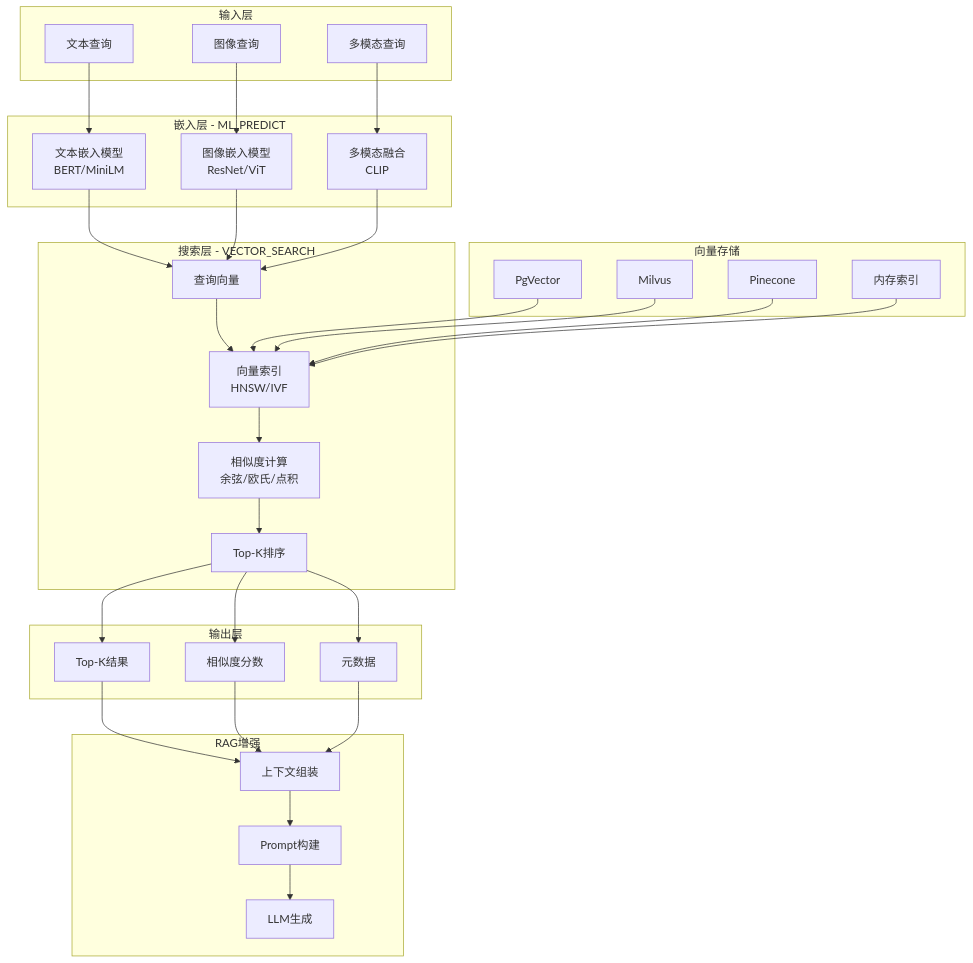
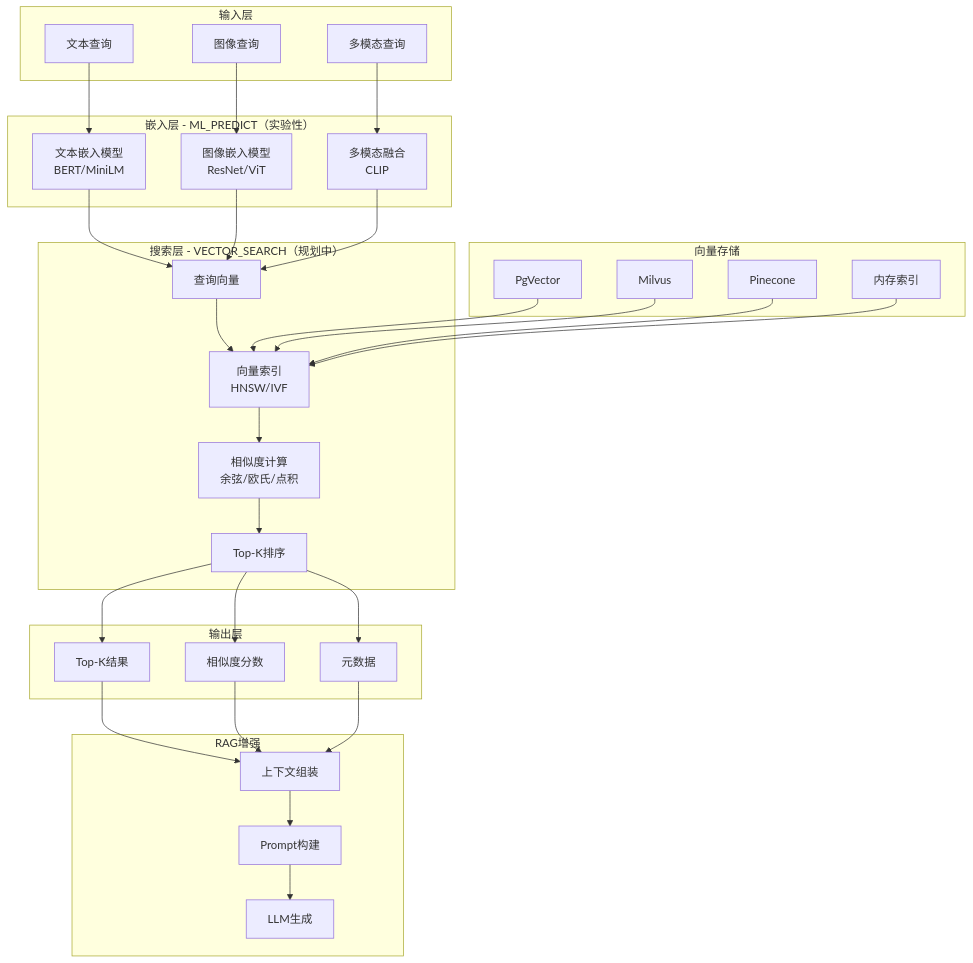
The first of 4 diagrams in Flink/03-sql-table-api/vector-search.md (AdaMartin18010/AnalysisDataFlow), drawn with Mermaid before and after one commit. The commit also changed other lines of this file and 7 other files, not shown here.

````diff
--- a/Flink/03-sql-table-api/vector-search.md
+++ b/Flink/03-sql-table-api/vector-search.md
@@ -617,62 +617,62 @@
 ```mermaid
 graph TB
     subgraph Input["输入层"]
         A1[文本查询]
         A2[图像查询]
         A3[多模态查询]
     end
 
-    subgraph Embedding["嵌入层 - ML_PREDICT"]
+    subgraph Embedding["嵌入层 - ML_PREDICT（实验性）"]
         B1[文本嵌入模型<br/>BERT/MiniLM]
         B2[图像嵌入模型<br/>ResNet/ViT]
         B3[多模态融合<br/>CLIP]
     end
 
-    subgraph Search["搜索层 - VECTOR_SEARCH"]
+    subgraph Search["搜索层 - VECTOR_SEARCH（规划中）"]
         C1[查询向量]
         C2[向量索引<br/>HNSW/IVF]
         C3[相似度计算<br/>余弦/欧氏/点积]
         C4[Top-K排序]
     end
 
     subgraph Storage["向量存储"]
         D1[PgVector]
         D2[Milvus]
         D3[Pinecone]
         D4[内存索引]
     end
 
     subgraph Output["输出层"]
         E1[Top-K结果]
         E2[相似度分数]
         E3[元数据]
     end
 
     subgraph RAG["RAG增强"]
         F1[上下文组装]
         F2[Prompt构建]
         F3[LLM生成]
     end
 
     A1 --> B1
     A2 --> B2
     A3 --> B3
     B1 --> C1
     B2 --> C1
     B3 --> C1
     C1 --> C2
     C2 --> C3
     C3 --> C4
     D1 --> C2
     D2 --> C2
     D3 --> C2
     D4 --> C2
     C4 --> E1
     C4 --> E2
     C4 --> E3
     E1 --> F1
     E2 --> F1
     E3 --> F1
     F1 --> F2
     F2 --> F3
 ```
````
